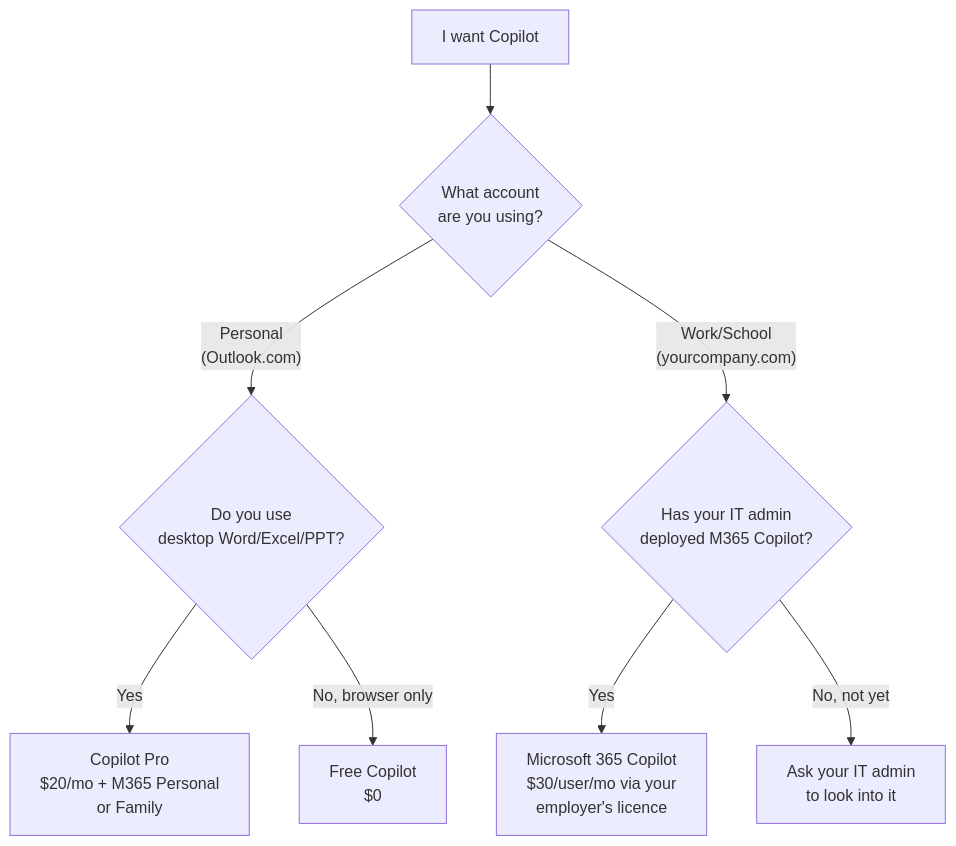
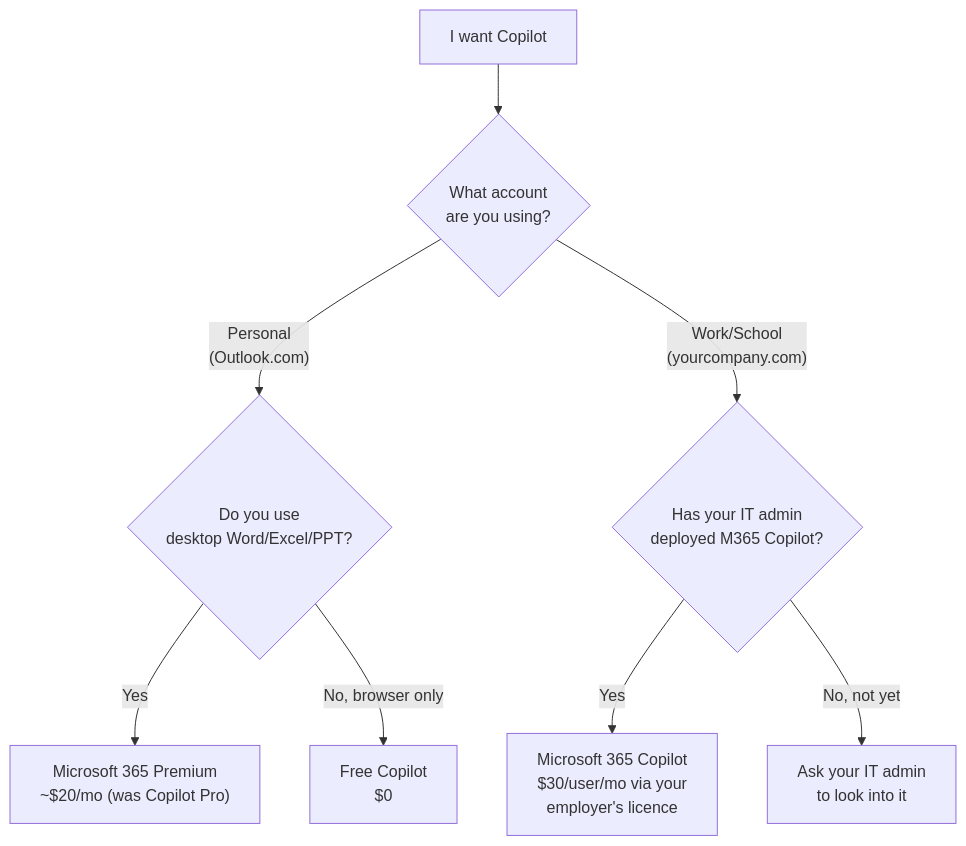
One commit to susanthgit/aguidetocloud-revamp changed the diagram in content/blog/copilot-pro-vs-microsoft-365-copilot.md. Above: the diagram before and after it, drawn with Mermaid. The commit also changed other lines of this file, not shown here.

First line of the commit message:
SEO: full reframe of copilot-pro-vs for the 2025 Pro->Premium change

````diff
--- a/content/blog/copilot-pro-vs-microsoft-365-copilot.md
+++ b/content/blog/copilot-pro-vs-microsoft-365-copilot.md
@@ -119,10 +119,10 @@
 ```mermaid
 flowchart TD
     A["I want Copilot"] --> B{"What account<br/>are you using?"}
     B -->|"Personal<br/>(Outlook.com)"| C{"Do you use<br/>desktop Word/Excel/PPT?"}
     B -->|"Work/School<br/>(yourcompany.com)"| D{"Has your IT admin<br/>deployed M365 Copilot?"}
-    C -->|Yes| E["Copilot Pro<br/>$20/mo + M365 Personal<br/>or Family"]
+    C -->|Yes| E["Microsoft 365 Premium<br/>~$20/mo (was Copilot Pro)"]
     C -->|No, browser only| F["Free Copilot<br/>$0"]
     D -->|Yes| G["Microsoft 365 Copilot<br/>$30/user/mo via your<br/>employer's licence"]
     D -->|No, not yet| H["Ask your IT admin<br/>to look into it"]
 ```
````
